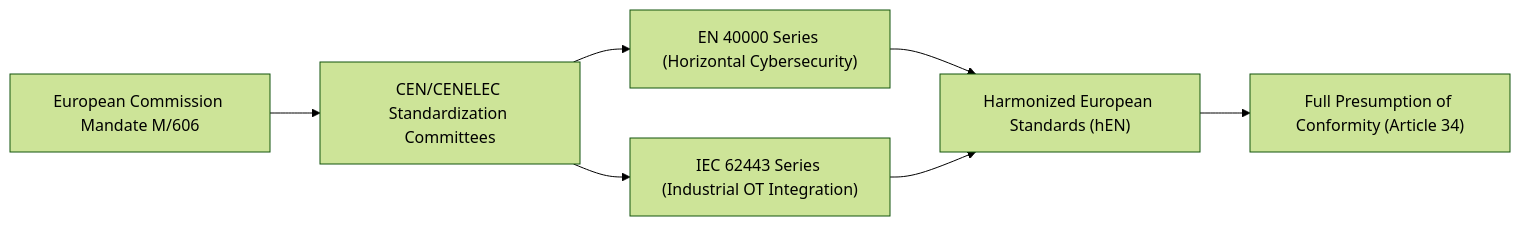
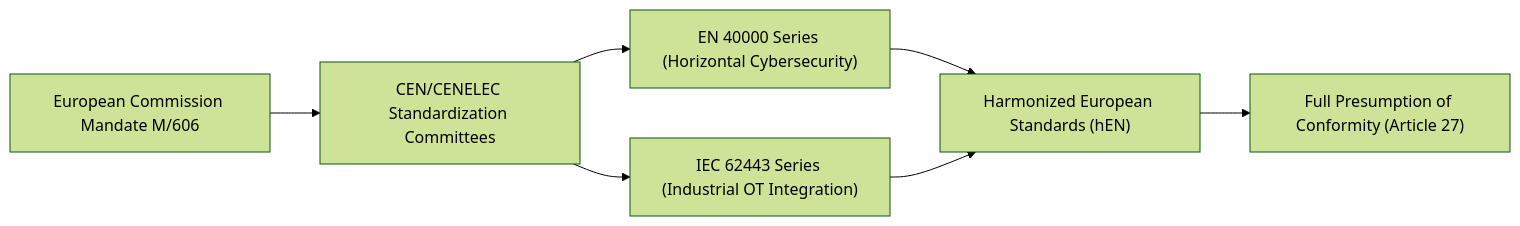
One commit to Planet9V/OXOT_Website_Conformity_Application changed the diagram in docs/cra_podcast/blogs/BLOG_EP_7.04_ep-7.04-the-10-year-technical-documentation-archive-what-m.md. Above: the diagram before and after it, drawn with Mermaid (forest theme). The commit also changed 98 other files, not shown here.

````diff
--- a/docs/cra_podcast/blogs/BLOG_EP_7.04_ep-7.04-the-10-year-technical-documentation-archive-what-m.md
+++ b/docs/cra_podcast/blogs/BLOG_EP_7.04_ep-7.04-the-10-year-technical-documentation-archive-what-m.md
@@ -67,8 +67,8 @@
 ```mermaid
 graph LR
     A["European Commission Mandate M/606"] --> B["CEN/CENELEC Standardization Committees"]
     B --> C["EN 40000 Series (Horizontal Cybersecurity)"]
     B --> D["IEC 62443 Series (Industrial OT Integration)"]
     C & D --> E["Harmonized European Standards (hEN)"]
-    E --> F["Full Presumption of Conformity (Article 34)"]
+    E --> F["Full Presumption of Conformity (Article 27)"]
 ```
````
